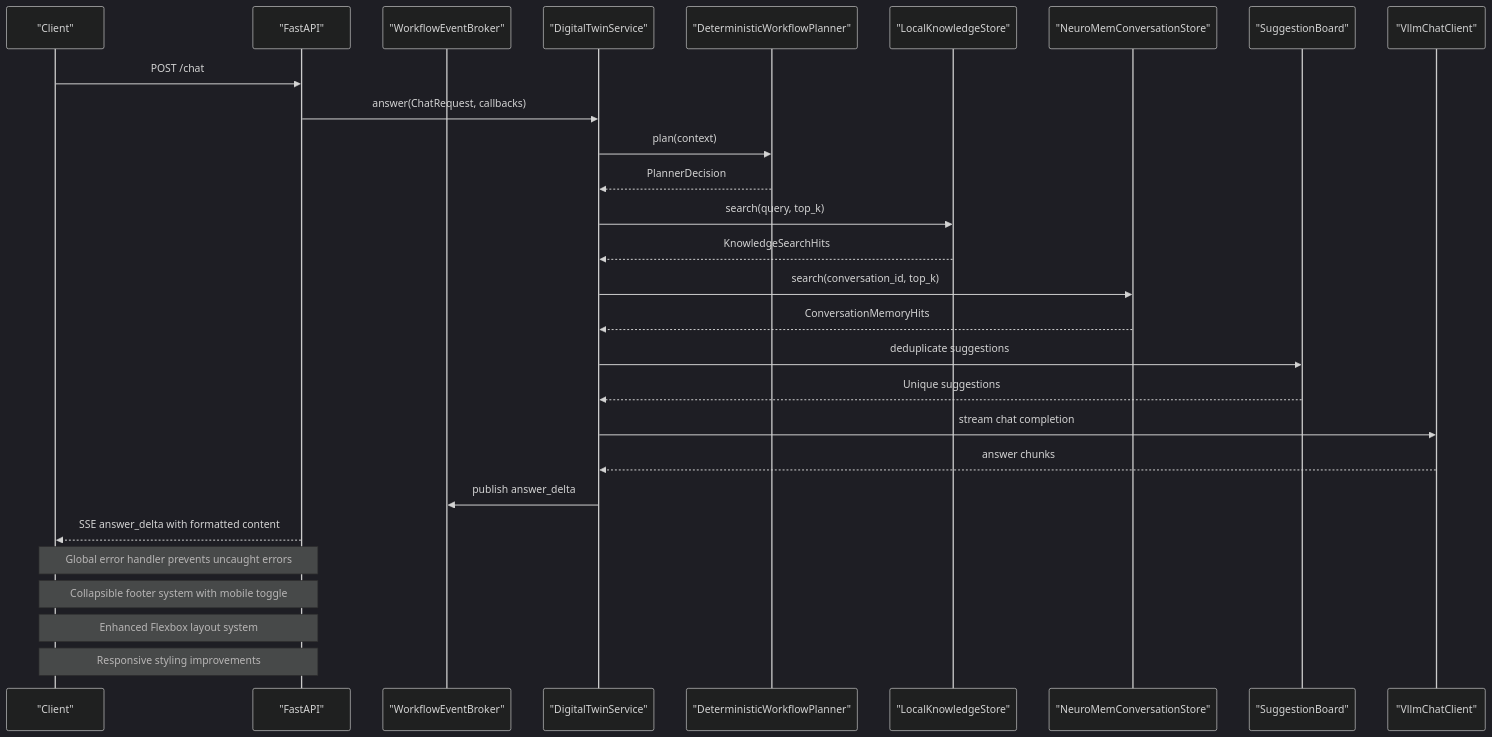
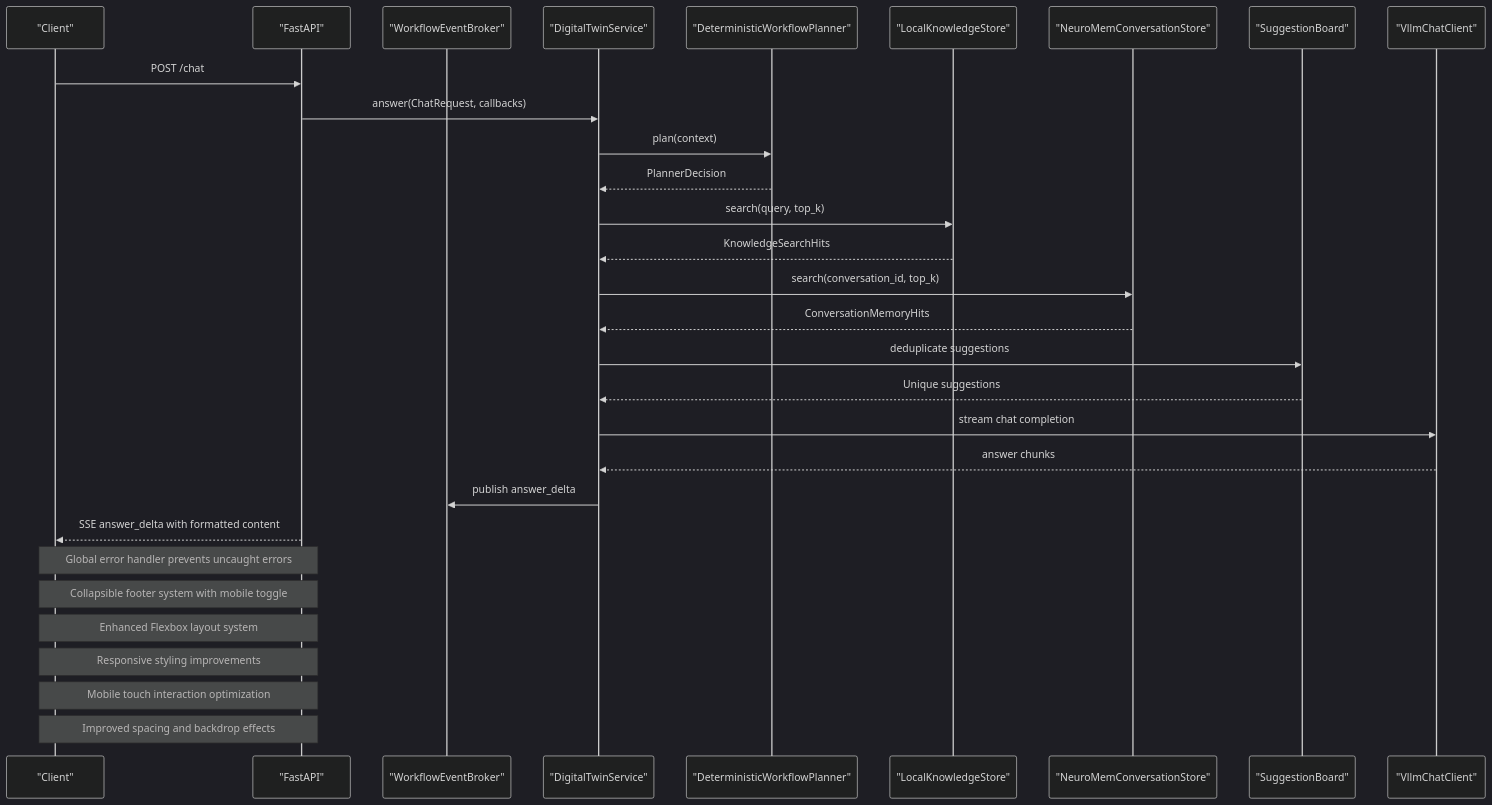
The second of 10 diagrams in .qoder/repowiki/en/content/Core Components/Core Components.md (intellistream/sage-mate), drawn with Mermaid (dark theme) before and after one commit. The commit also changed other lines of this file and 203 other files, not shown here.

````diff
--- a/.qoder/repowiki/en/content/Core Components/Core Components.md
+++ b/.qoder/repowiki/en/content/Core Components/Core Components.md
@@ -210,30 +211,32 @@
 ```mermaid
 sequenceDiagram
 participant Client as "Client"
 participant API as "FastAPI"
 participant Broker as "WorkflowEventBroker"
 participant Svc as "DigitalTwinService"
 participant Planner as "DeterministicWorkflowPlanner"
 participant KB as "LocalKnowledgeStore"
 participant Mem as "NeuroMemConversationStore"
 participant Suggestions as "SuggestionBoard"
 participant LLM as "VllmChatClient"
 Client->>API : POST /chat
 API->>Svc : answer(ChatRequest, callbacks)
 Svc->>Planner : plan(context)
 Planner-->>Svc : PlannerDecision
 Svc->>KB : search(query, top_k)
 KB-->>Svc : KnowledgeSearchHits
 Svc->>Mem : search(conversation_id, top_k)
 Mem-->>Svc : ConversationMemoryHits
 Svc->>Suggestions : deduplicate suggestions
 Suggestions-->>Svc : Unique suggestions
 Svc->>LLM : stream chat completion
 LLM-->>Svc : answer chunks
 Svc->>Broker : publish answer_delta
 API-->>Client : SSE answer_delta with formatted content
 Note over Client,API : Global error handler prevents uncaught errors
 Note over Client,API : Collapsible footer system with mobile toggle
 Note over Client,API : Enhanced Flexbox layout system
 Note over Client,API : Responsive styling improvements
+Note over Client,API : Mobile touch interaction optimization
+Note over Client,API : Improved spacing and backdrop effects
 ```
````
